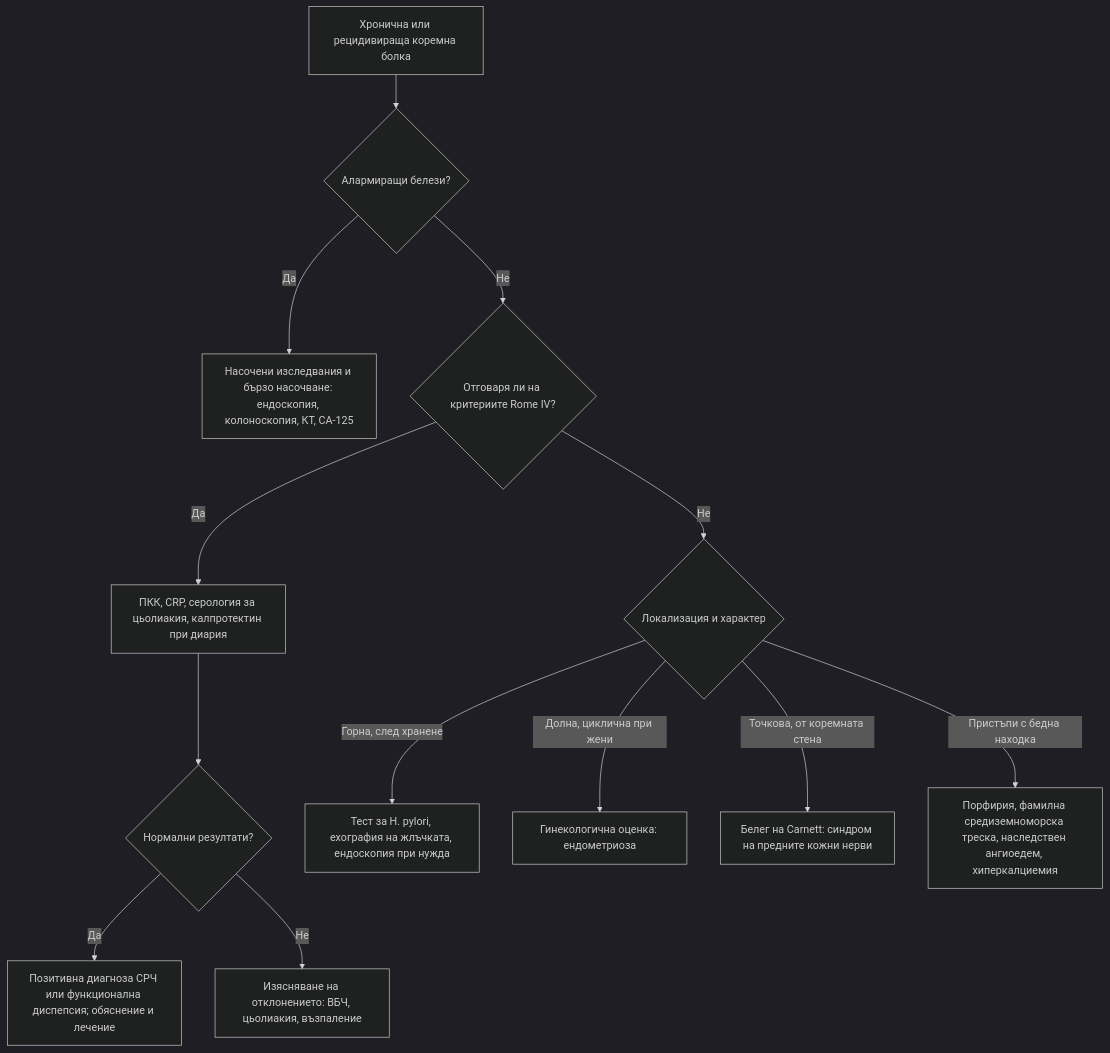
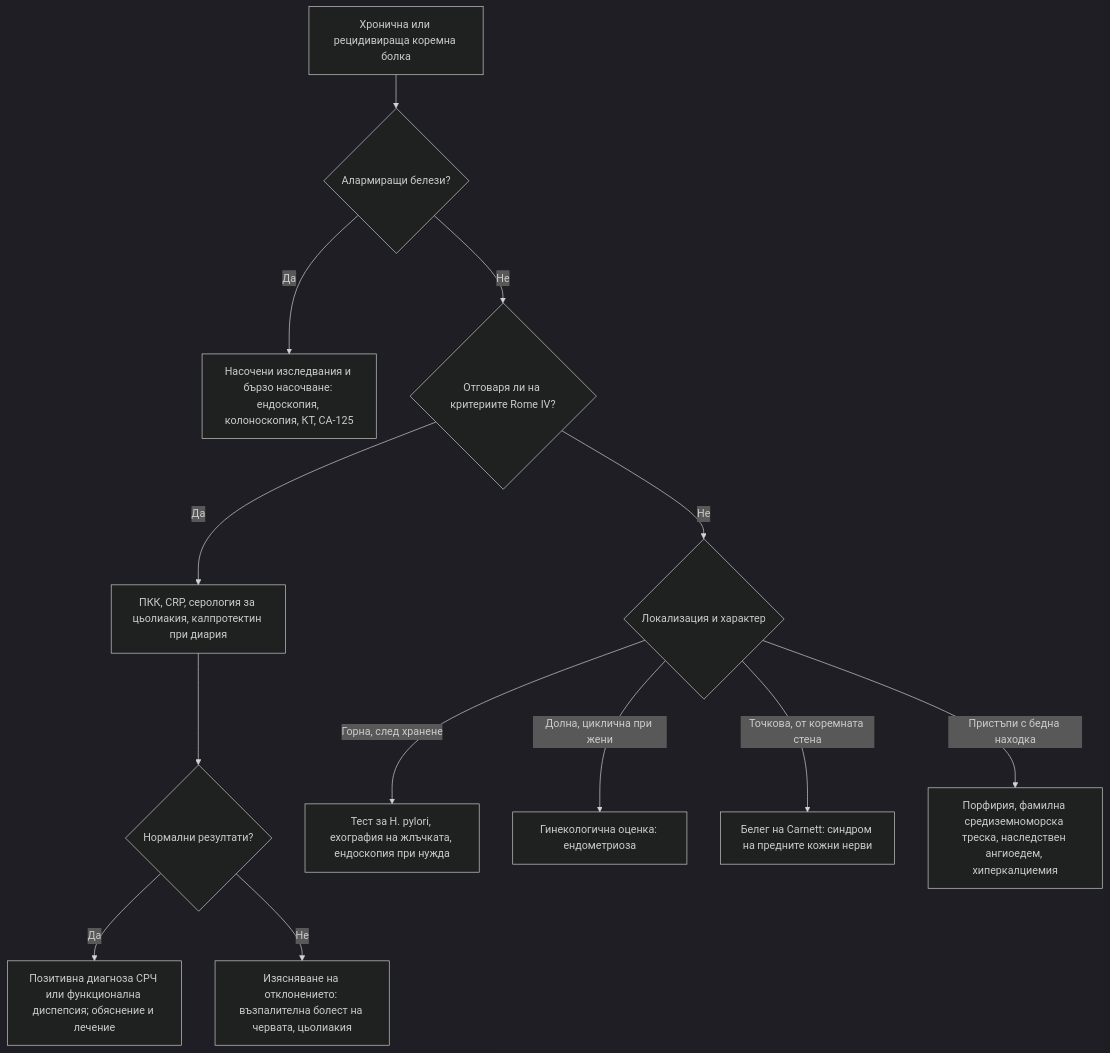
One commit to yancho26/yancho changed the diagram in glavi/20-hronichna-koremna-bolka.md. Above: the diagram before and after it, drawn with Mermaid (dark theme). The commit also changed other lines of this file and 1 other file, not shown here.

````diff
--- a/glavi/20-hronichna-koremna-bolka.md
+++ b/glavi/20-hronichna-koremna-bolka.md
@@ -141,15 +152,15 @@
 ```mermaid
 flowchart TD
     A["Хронична или рецидивираща коремна болка"] --> B{"Алармиращи белези?"}
     B -->|Да| C["Насочени изследвания и бързо насочване: ендоскопия, колоноскопия, КТ, CA-125"]
     B -->|Не| D{"Отговаря ли на критериите Rome IV?"}
     D -->|Да| E["ПКК, CRP, серология за цьолиакия, калпротектин при диария"]
     E --> F{"Нормални резултати?"}
     F -->|Да| G["Позитивна диагноза СРЧ или функционална диспепсия; обяснение и лечение"]
-    F -->|Не| H["Изясняване на отклонението: ВБЧ, цьолиакия, възпаление"]
+    F -->|Не| H["Изясняване на отклонението: възпалителна болест на червата, цьолиакия"]
     D -->|Не| I{"Локализация и характер"}
     I -->|Горна, след хранене| J["Тест за H. pylori, ехография на жлъчката, ендоскопия при нужда"]
     I -->|Долна, циклична при жени| K["Гинекологична оценка: ендометриоза"]
     I -->|Точкова, от коремната стена| L["Белег на Carnett: синдром на предните кожни нерви"]
     I -->|Пристъпи с бедна находка| M["Порфирия, фамилна средиземноморска треска, наследствен ангиоедем, хиперкалциемия"]
 ```
````
